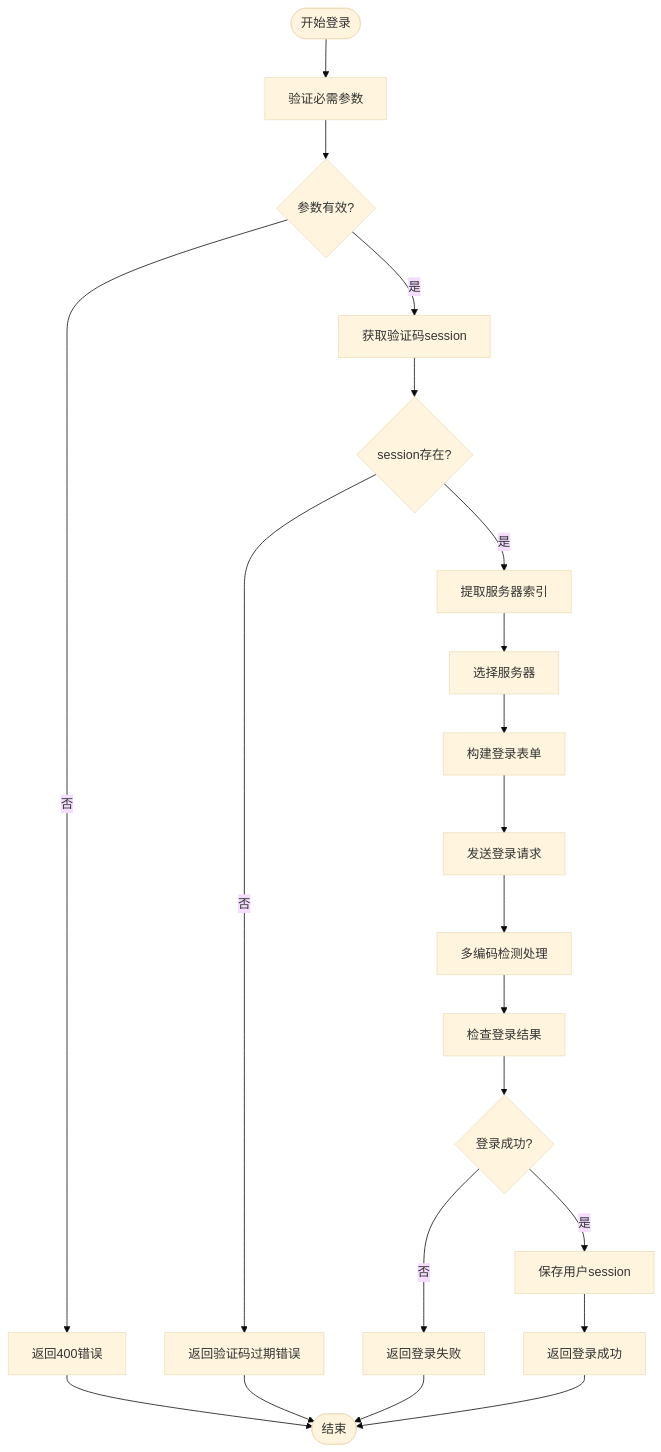
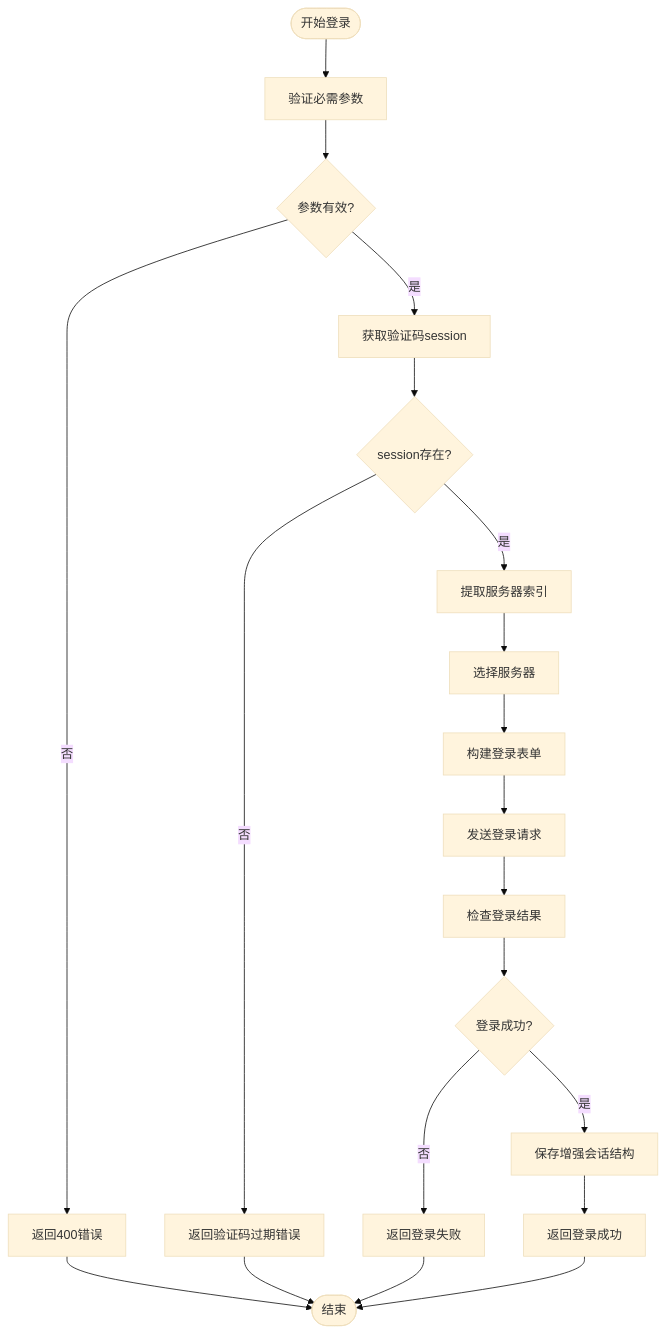
One commit to ghbbn053-ship-itsoulddog/soulddog changed the third of 6 diagrams in .qoder/repowiki/zh/content/后端API文档/用户认证API.md. Above: the diagram before and after it, drawn with Mermaid (base theme). The commit also changed other lines of this file and 4 other files, not shown here.

````diff
--- a/.qoder/repowiki/zh/content/后端API文档/用户认证API.md
+++ b/.qoder/repowiki/zh/content/后端API文档/用户认证API.md
@@ -199,23 +204,22 @@
 ```mermaid
 flowchart TD
 Start([开始登录]) --> ValidateParams["验证必需参数"]
 ValidateParams --> ParamsValid{"参数有效?"}
 ParamsValid --> |否| Return400["返回400错误"]
 ParamsValid --> |是| GetCaptchaSession["获取验证码session"]
 GetCaptchaSession --> SessionExists{"session存在?"}
 SessionExists --> |否| ReturnExpired["返回验证码过期错误"]
 SessionExists --> |是| ExtractServerIndex["提取服务器索引"]
 ExtractServerIndex --> SelectServer["选择服务器"]
 SelectServer --> BuildFormData["构建登录表单"]
 BuildFormData --> SendLogin["发送登录请求"]
-SendLogin --> MultiEncoding["多编码检测处理"]
-MultiEncoding --> CheckResult["检查登录结果"]
+SendLogin --> CheckResult["检查登录结果"]
 CheckResult --> LoginSuccess{"登录成功?"}
-LoginSuccess --> |是| SaveSession["保存用户session"]
+LoginSuccess --> |是| SaveEnhancedSession["保存增强会话结构"]
 LoginSuccess --> |否| ReturnFail["返回登录失败"]
-SaveSession --> ReturnSuccess["返回登录成功"]
+SaveEnhancedSession --> ReturnSuccess["返回登录成功"]
 Return400 --> End([结束])
 ReturnExpired --> End
 ReturnFail --> End
 ReturnSuccess --> End
 ```
````
